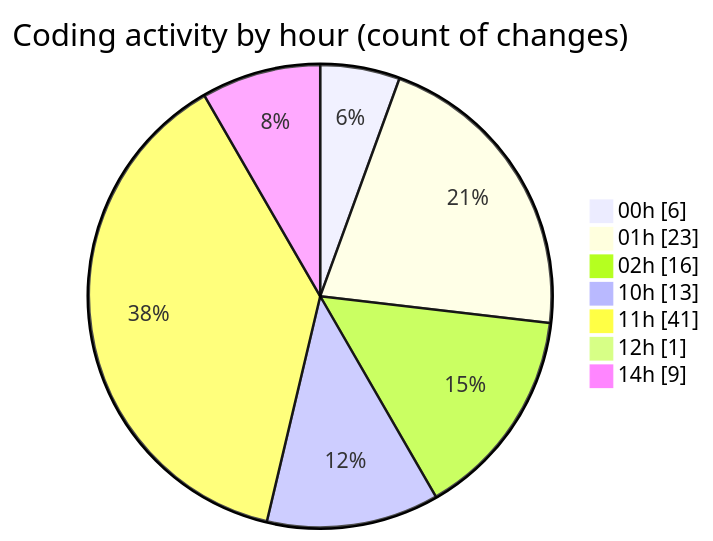
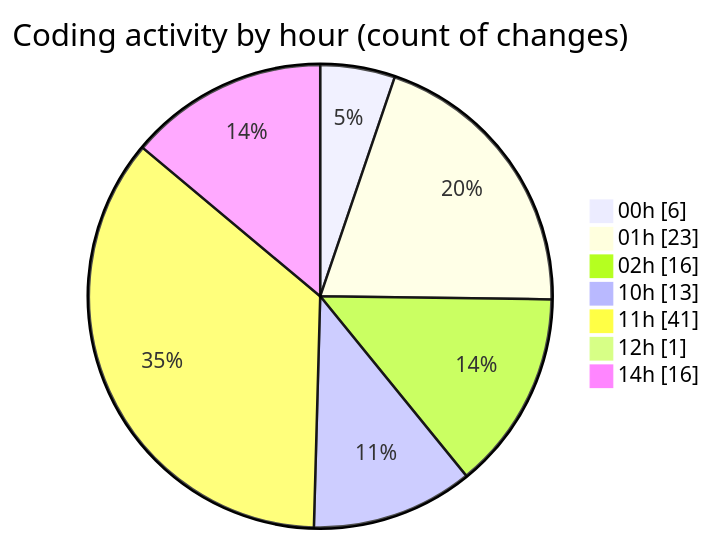
Before and after one commit to julien-gomy/code-tracking: the second of 2 diagrams in 2025-11-08/eventscop-frontend-guide__workspace_/README.md, drawn with Mermaid. The commit also changed other lines of this file and 1 other file, not shown here.

````diff
--- a/2025-11-08/eventscop-frontend-guide__workspace_/README.md
+++ b/2025-11-08/eventscop-frontend-guide__workspace_/README.md
@@ -58,11 +61,11 @@
 ```mermaid
 pie showData
 title Coding activity by hour (count of changes)
 "00h" : 6
 "01h" : 23
 "02h" : 16
 "10h" : 13
 "11h" : 41
 "12h" : 1
-"14h" : 9
+"14h" : 16
 ```
````
